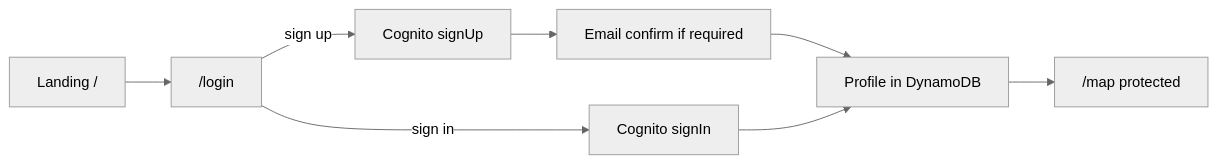
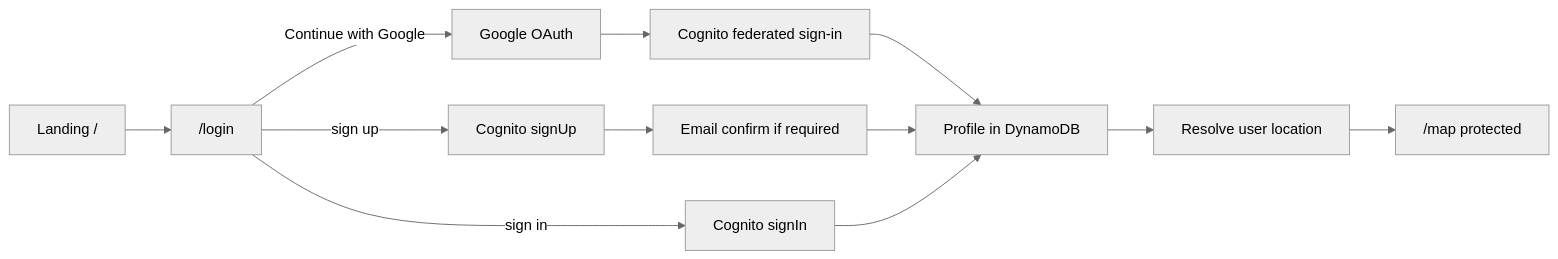
One commit to AWSHackathon/GoodNeighbor changed the first of 2 diagrams in docs/PLAN.md. Above: the diagram before and after it, drawn with Mermaid (neutral theme). The commit also changed other lines of this file, not shown here.

First line of the commit message:
docs: add Google auth and user-resolved location to plan

````diff
--- a/docs/PLAN.md
+++ b/docs/PLAN.md
@@ -7,10 +9,14 @@
 ```mermaid
 flowchart LR
   Landing[Landing /] --> Login["/login"]
+  Login -->|Continue with Google| GoogleOAuth[Google OAuth]
   Login -->|sign up| CognitoSignUp[Cognito signUp]
   Login -->|sign in| CognitoSignIn[Cognito signIn]
+  GoogleOAuth --> CognitoFederated[Cognito federated sign-in]
+  CognitoFederated --> ProfileWrite[Profile in DynamoDB]
   CognitoSignUp --> Confirm[Email confirm if required]
-  Confirm --> ProfileWrite[Profile in DynamoDB]
+  Confirm --> ProfileWrite
   CognitoSignIn --> ProfileWrite
-  ProfileWrite --> Map["/map protected"]
+  ProfileWrite --> LocationPrompt[Resolve user location]
+  LocationPrompt --> Map["/map protected"]
 ```
````
